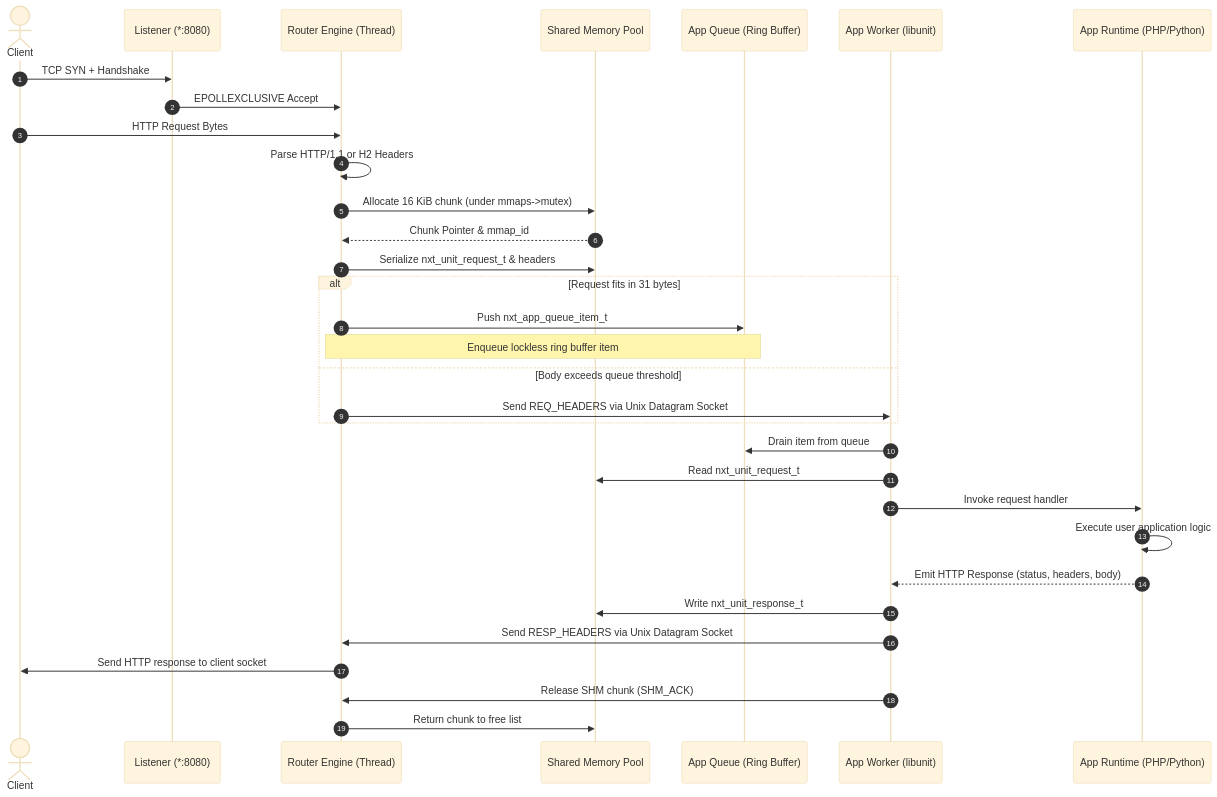
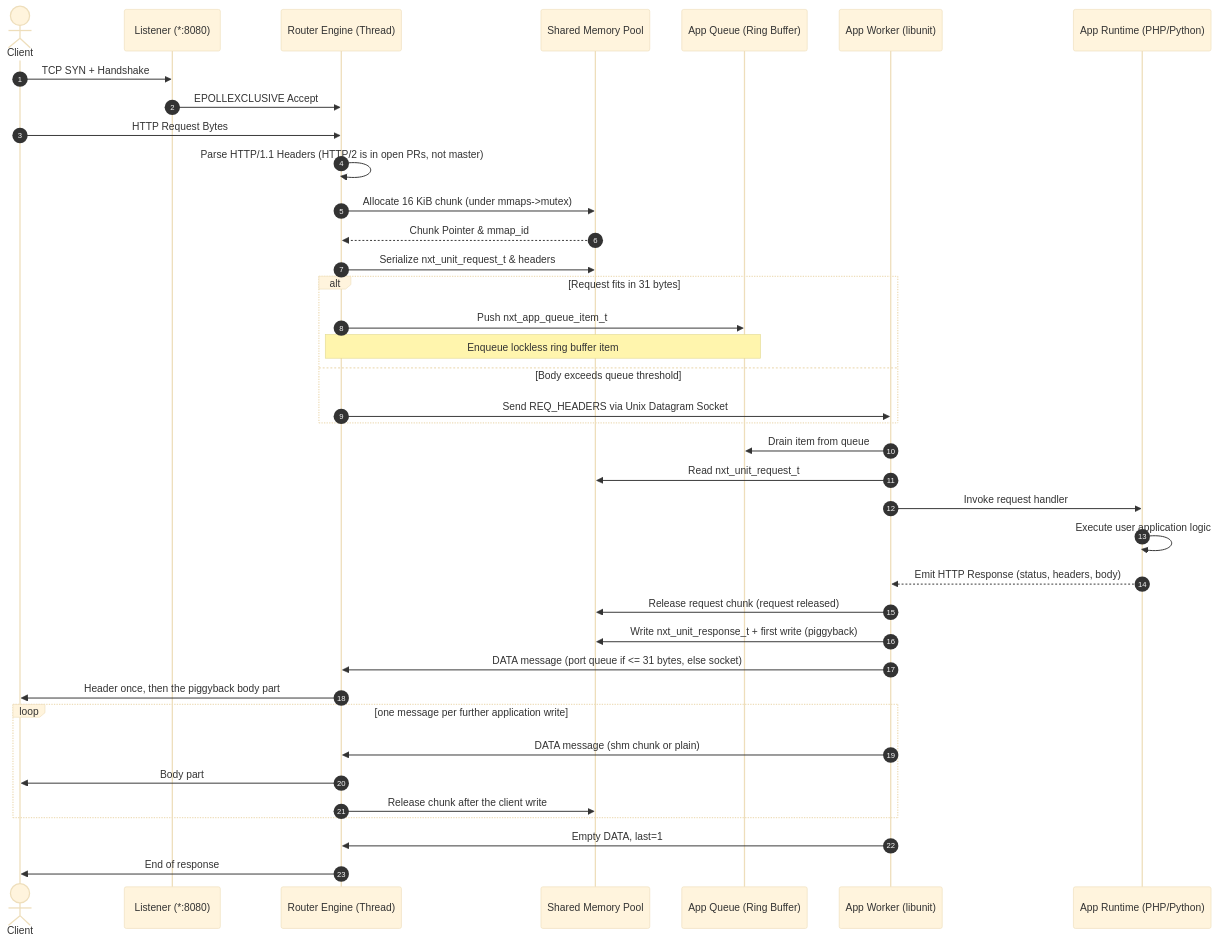
One commit to andypost/freeunit-model changed the second of 2 diagrams in docs/architecture/overview.md. Above: the diagram before and after it, drawn with Mermaid (base theme). The commit also changed other lines of this file and 36 other files, not shown here.

First line of the commit message:
Align Model A and Model B with FreeUnit master response path and constants

````diff
--- a/docs/architecture/overview.md
+++ b/docs/architecture/overview.md
@@ -41,38 +41,44 @@
 ```mermaid
 sequenceDiagram
     autonumber
     actor Client
     participant Listener as Listener (*:8080)
     participant Engine as Router Engine (Thread)
     participant SHM as Shared Memory Pool
     participant AppQueue as App Queue (Ring Buffer)
     participant Worker as App Worker (libunit)
     participant SAPI as App Runtime (PHP/Python)
 
     Client->>Listener: TCP SYN + Handshake
     Listener->>Engine: EPOLLEXCLUSIVE Accept
     Client->>Engine: HTTP Request Bytes
-    Engine->>Engine: Parse HTTP/1.1 or H2 Headers
+    Engine->>Engine: Parse HTTP/1.1 Headers (HTTP/2 is in open PRs, not master)
     Engine->>SHM: Allocate 16 KiB chunk (under mmaps->mutex)
     SHM-->>Engine: Chunk Pointer & mmap_id
     Engine->>SHM: Serialize nxt_unit_request_t & headers
     
     alt Request fits in 31 bytes
         Engine->>AppQueue: Push nxt_app_queue_item_t
         Note over Engine,AppQueue: Enqueue lockless ring buffer item
     else Body exceeds queue threshold
         Engine->>Worker: Send REQ_HEADERS via Unix Datagram Socket
     end
 
     Worker->>AppQueue: Drain item from queue
     Worker->>SHM: Read nxt_unit_request_t
     Worker->>SAPI: Invoke request handler
     SAPI->>SAPI: Execute user application logic
     SAPI-->>Worker: Emit HTTP Response (status, headers, body)
     
-    Worker->>SHM: Write nxt_unit_response_t
-    Worker->>Engine: Send RESP_HEADERS via Unix Datagram Socket
-    Engine->>Client: Send HTTP response to client socket
-    Worker->>Engine: Release SHM chunk (SHM_ACK)
-    Engine->>SHM: Return chunk to free list
+    Worker->>SHM: Release request chunk (request released)
+    Worker->>SHM: Write nxt_unit_response_t + first write (piggyback)
+    Worker->>Engine: DATA message (port queue if <= 31 bytes, else socket)
+    Engine->>Client: Header once, then the piggyback body part
+    loop one message per further application write
+        Worker->>Engine: DATA message (shm chunk or plain)
+        Engine->>Client: Body part
+        Engine->>SHM: Release chunk after the client write
+    end
+    Worker->>Engine: Empty DATA, last=1
+    Engine->>Client: End of response
 ```
````
